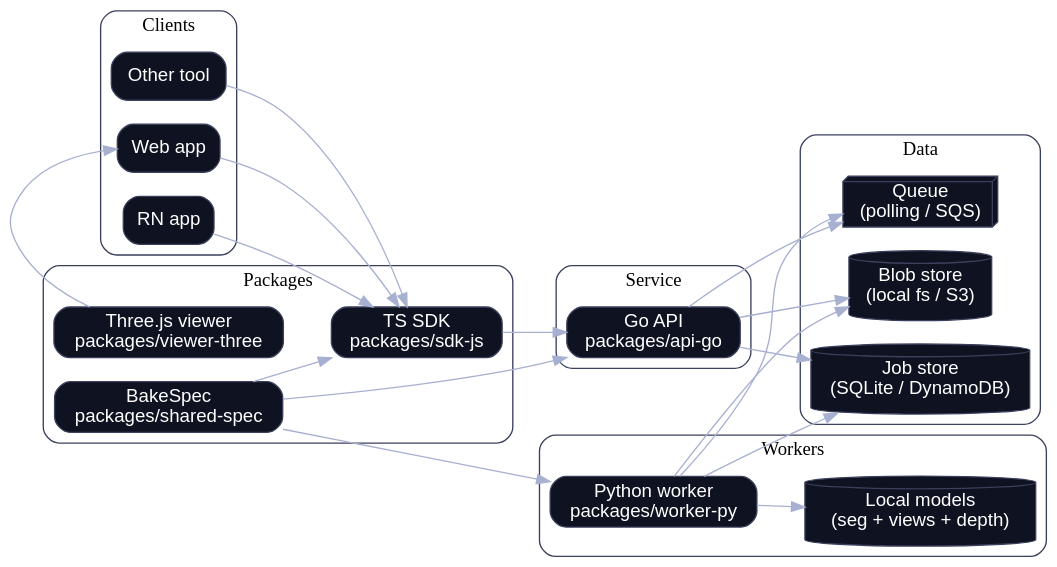
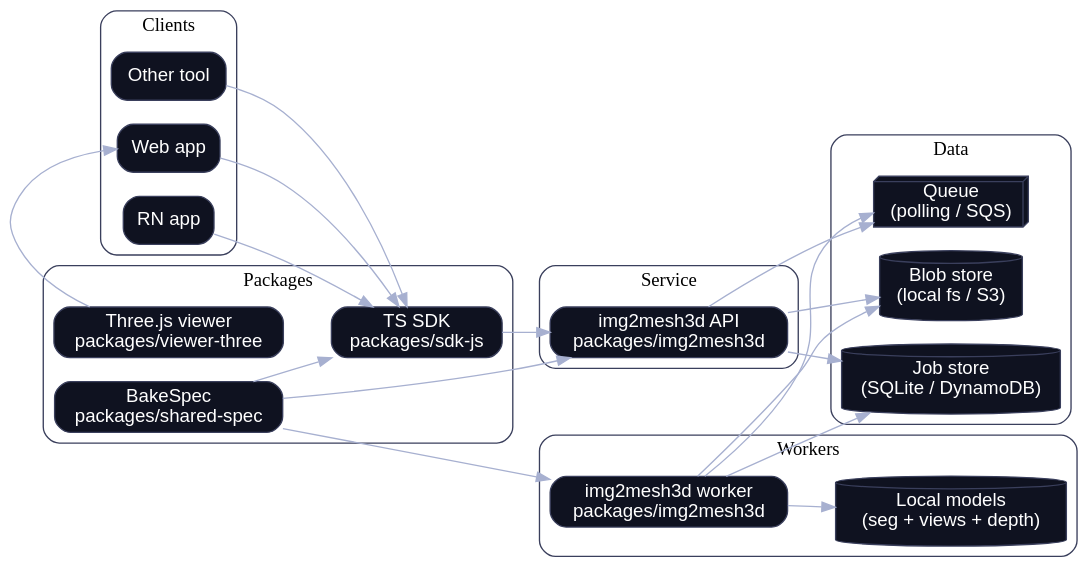
One commit to Volpestyle/y2k-nostalgic-futurism changed the diagram in holo/docs/diagrams-dot/01-system-context.dot. Above: the diagram before and after it, drawn with Graphviz. The commit also changed 114 other files, not shown here.

First line of the commit message:
refactor: migrate to img2mesh3d pipeline stack

```diff
--- a/holo/docs/diagrams-dot/01-system-context.dot
+++ b/holo/docs/diagrams-dot/01-system-context.dot
@@ -1,67 +1,67 @@
 digraph G {
   rankdir=LR;
   graph [bgcolor="transparent", pad=0.2];
   node [shape=box, style="rounded,filled", fillcolor="#0f1220", fontcolor="white", color="#3a3f5c", fontname="Helvetica"];
   edge [color="#a7b0d0", fontcolor="#a7b0d0", fontname="Helvetica"];
 
   subgraph cluster_clients {
     label="Clients";
     color="#3a3f5c";
     style="rounded";
     W [label="Web app"];
     R [label="RN app"];
     O [label="Other tool"];
   }
 
   subgraph cluster_packages {
     label="Packages";
     color="#3a3f5c";
     style="rounded";
     SDK [label="TS SDK\npackages/sdk-js"];
     VIEW [label="Three.js viewer\npackages/viewer-three"];
     SPEC [label="BakeSpec\npackages/shared-spec"];
   }
 
   subgraph cluster_service {
     label="Service";
     color="#3a3f5c";
     style="rounded";
-    API [label="Go API\npackages/api-go"];
+    API [label="img2mesh3d API\npackages/img2mesh3d"];
   }
 
   subgraph cluster_data {
     label="Data";
     color="#3a3f5c";
     style="rounded";
     B [shape=cylinder, label="Blob store\n(local fs / S3)"];
     J [shape=cylinder, label="Job store\n(SQLite / DynamoDB)"];
     Q [shape=box3d, label="Queue\n(polling / SQS)"];
   }
 
   subgraph cluster_workers {
     label="Workers";
     color="#3a3f5c";
     style="rounded";
-    WP [label="Python worker\npackages/worker-py"];
+    WP [label="img2mesh3d worker\npackages/img2mesh3d"];
     MODELS [shape=cylinder, label="Local models\n(seg + views + depth)"];
   }
 
   W -> SDK -> API;
   R -> SDK;
   O -> SDK;
 
   SPEC -> SDK;
   SPEC -> API;
   SPEC -> WP;
 
   API -> B;
   API -> J;
   API -> Q;
 
   WP -> Q;
   WP -> B;
   WP -> J;
   WP -> MODELS;
 
   VIEW -> W;
 }
```
